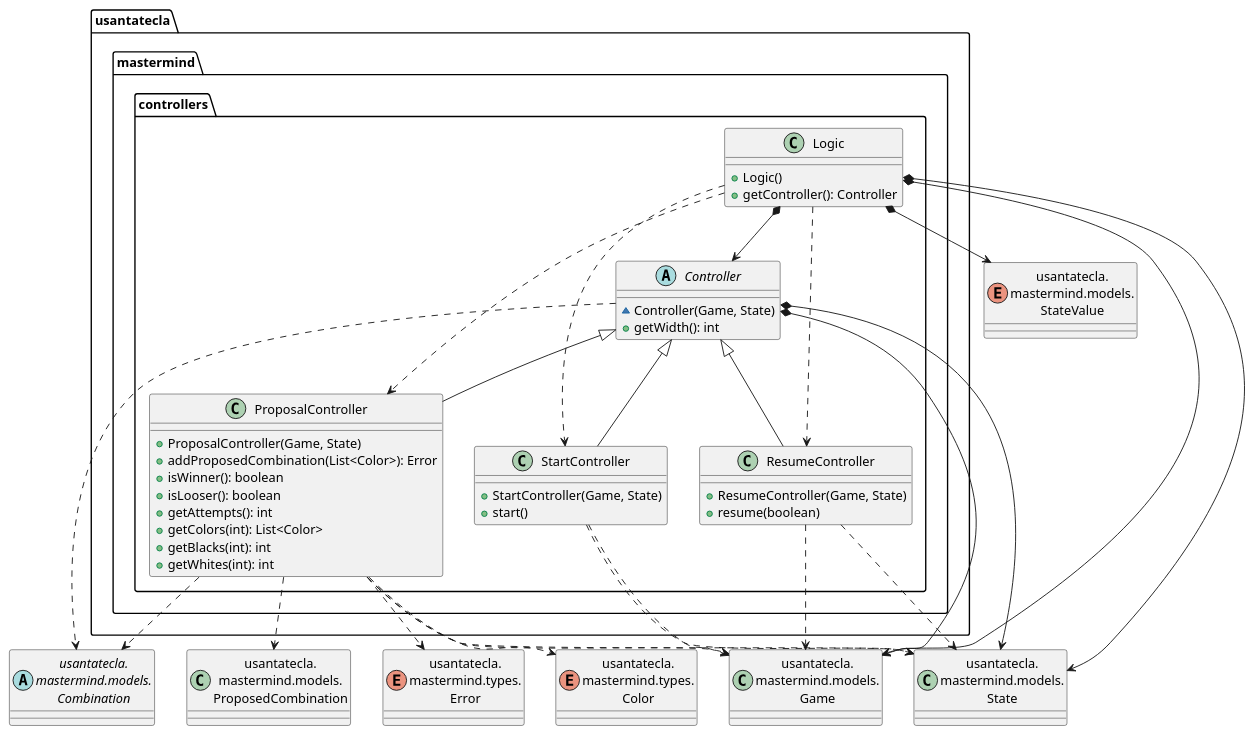
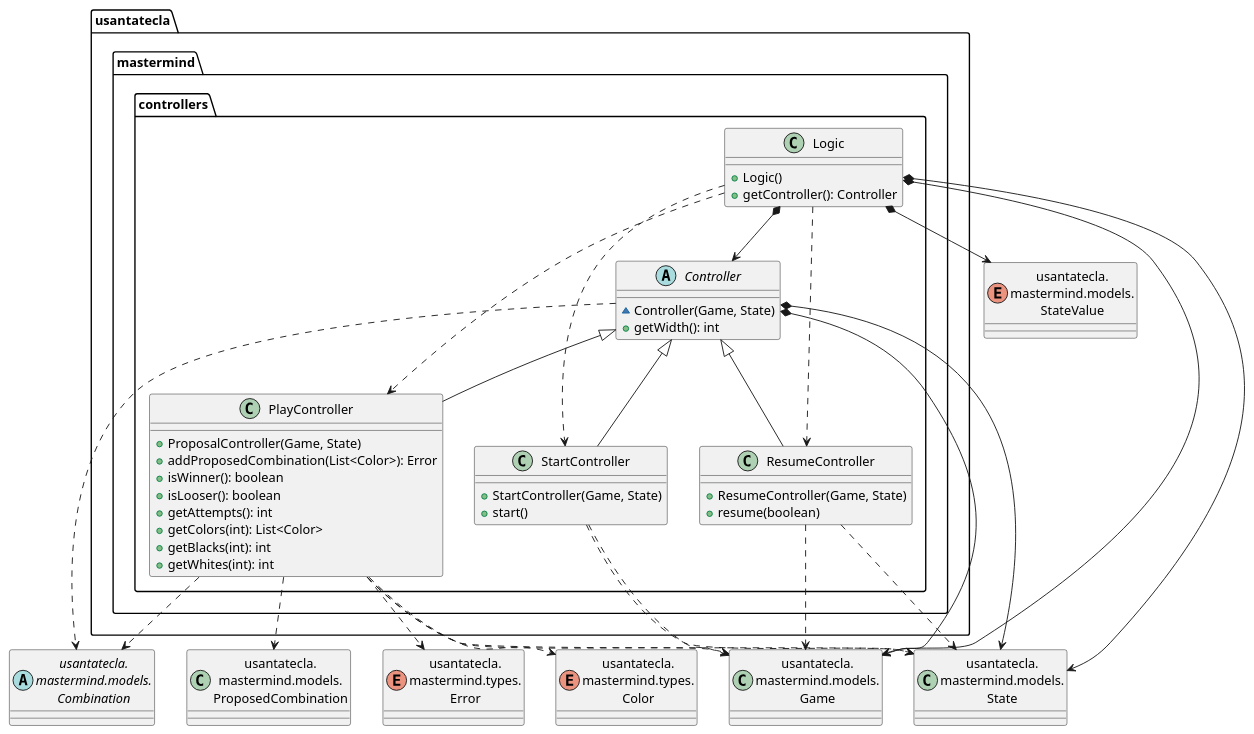
One commit to SantaTecla-mastermind/solution.java.swing.socket.sql changed the fourth of 7 diagrams in modelViewPresenter/presentationModel/withoutDoubleDispatching/docs/diagrams/src/paquetes.plantuml. Above: the diagram before and after it, drawn with PlantUML. The commit also changed 93 other files, not shown here.

```diff
--- a/modelViewPresenter/presentationModel/withoutDoubleDispatching/docs/diagrams/src/paquetes.plantuml
+++ b/modelViewPresenter/presentationModel/withoutDoubleDispatching/docs/diagrams/src/paquetes.plantuml
@@ -202,64 +202,64 @@
 @startuml usantatecla.mastermind.controllers
 abstract class Combination as "usantatecla.\nmastermind.models.\nCombination"
 class Game as "usantatecla.\nmastermind.models.\nGame"
 class State as "usantatecla.\nmastermind.models.\nState"
 class ProposedCombination as "usantatecla.\nmastermind.models.\nProposedCombination"
 enum StateValue as "usantatecla.\nmastermind.models.\nStateValue"
 enum Error as "usantatecla.\nmastermind.types.\nError"
 enum Color as "usantatecla.\nmastermind.types.\nColor"
 
 abstract class  usantatecla.mastermind.controllers.Controller{
     ~ Controller(Game, State)
     + getWidth(): int
 }
 usantatecla.mastermind.controllers.Controller *-down-> Game
 usantatecla.mastermind.controllers.Controller *-down-> State
 usantatecla.mastermind.controllers.Controller .down.> Combination
 
 class  usantatecla.mastermind.controllers.Logic{
     + Logic()
     + getController(): Controller
 }
 usantatecla.mastermind.controllers.Logic *-down-> usantatecla.mastermind.controllers.Controller
 usantatecla.mastermind.controllers.Logic *-down-> Game
 usantatecla.mastermind.controllers.Logic *-down-> State
 usantatecla.mastermind.controllers.Logic *-down-> StateValue
 usantatecla.mastermind.controllers.Logic .down.> usantatecla.mastermind.controllers.ResumeController
 usantatecla.mastermind.controllers.Logic .down.> usantatecla.mastermind.controllers.StartController
-usantatecla.mastermind.controllers.Logic .down.> usantatecla.mastermind.controllers.ProposalController
+usantatecla.mastermind.controllers.Logic .down.> usantatecla.mastermind.controllers.PlayController
 
-class  usantatecla.mastermind.controllers.ProposalController{
+class  usantatecla.mastermind.controllers.PlayController{
     + ProposalController(Game, State)
     + addProposedCombination(List<Color>): Error
     + isWinner(): boolean
     + isLooser(): boolean
     + getAttempts(): int
     + getColors(int): List<Color>
     + getBlacks(int): int
     + getWhites(int): int
 }
-usantatecla.mastermind.controllers.Controller <|-down- usantatecla.mastermind.controllers.ProposalController
-usantatecla.mastermind.controllers.ProposalController .down.> Combination
-usantatecla.mastermind.controllers.ProposalController .down.> Game
-usantatecla.mastermind.controllers.ProposalController .down.> State
-usantatecla.mastermind.controllers.ProposalController .down.> ProposedCombination
-usantatecla.mastermind.controllers.ProposalController .down.> Error
-usantatecla.mastermind.controllers.ProposalController .down.> Color
+usantatecla.mastermind.controllers.Controller <|-down- usantatecla.mastermind.controllers.PlayController
+usantatecla.mastermind.controllers.PlayController .down.> Combination
+usantatecla.mastermind.controllers.PlayController .down.> Game
+usantatecla.mastermind.controllers.PlayController .down.> State
+usantatecla.mastermind.controllers.PlayController .down.> ProposedCombination
+usantatecla.mastermind.controllers.PlayController .down.> Error
+usantatecla.mastermind.controllers.PlayController .down.> Color
 
 class  usantatecla.mastermind.controllers.ResumeController{
     + ResumeController(Game, State)
     + resume(boolean)
 }
 usantatecla.mastermind.controllers.Controller <|-down- usantatecla.mastermind.controllers.ResumeController
 usantatecla.mastermind.controllers.ResumeController .down.> Game
 usantatecla.mastermind.controllers.ResumeController .down.> State
 
 class  usantatecla.mastermind.controllers.StartController{
     + StartController(Game, State)
     + start()
 }
 usantatecla.mastermind.controllers.Controller <|-down- usantatecla.mastermind.controllers.StartController
 usantatecla.mastermind.controllers.StartController .down.> Game
 usantatecla.mastermind.controllers.StartController .down.> State
 
 @enduml
```
